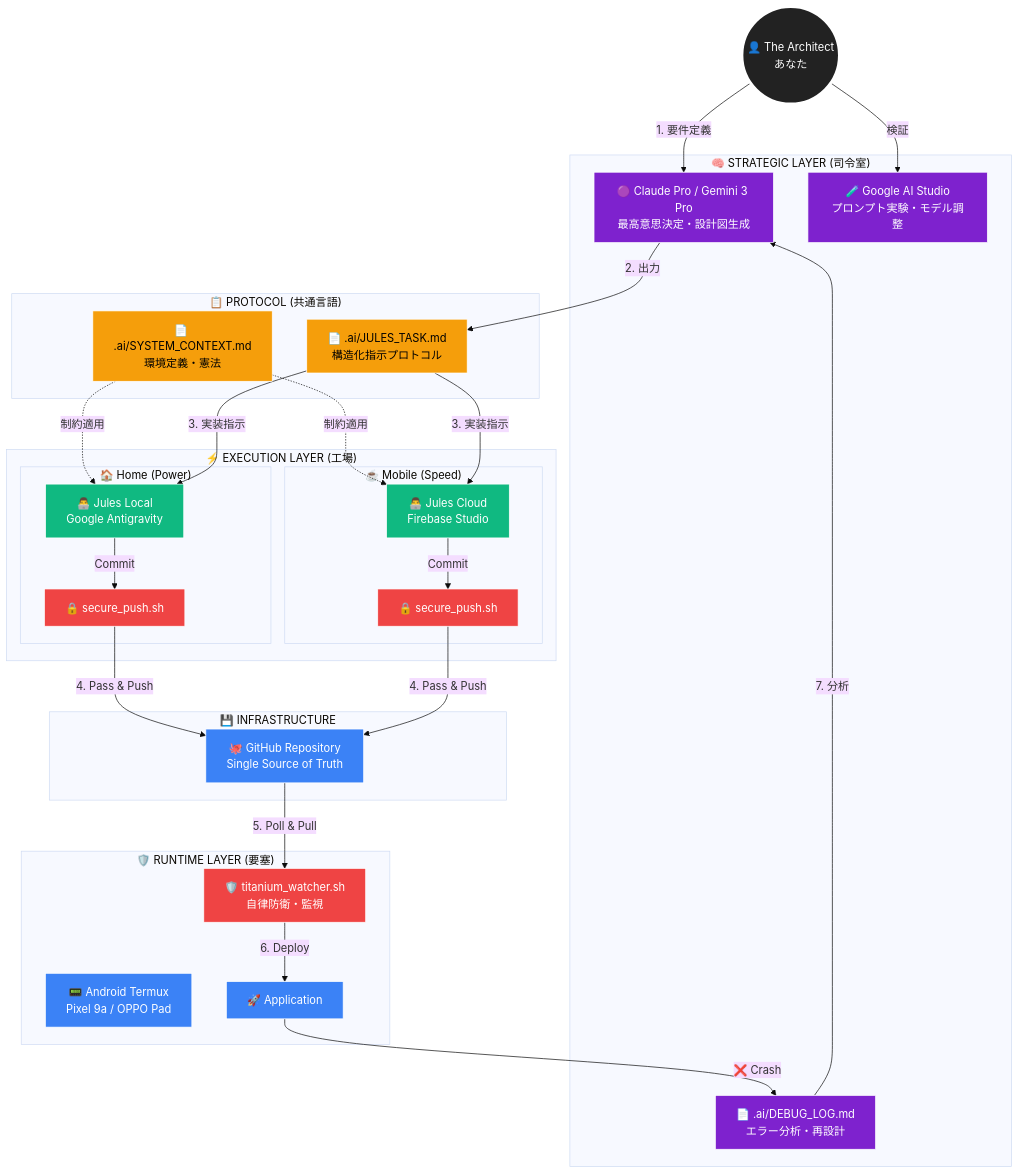
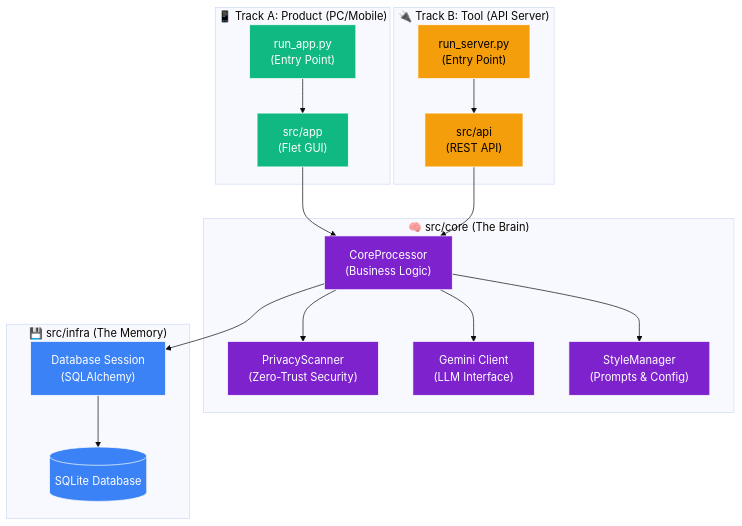
Before and after one commit to laihuip001/Flow: the diagram in ARCHITECTURE.md, drawn with Mermaid (base theme). The commit also changed other lines of this file and 42 other files, not shown here.

````diff
--- a/ARCHITECTURE.md
+++ b/ARCHITECTURE.md
@@ -9,92 +9,58 @@
 ```mermaid
 graph TD
     %% ==========================
-    %% 0. THE ARCHITECT
+    %% 1. THE BRAIN (Shared Core)
     %% ==========================
-    User((👤 The Architect<br>あなた))
-
-    %% ==========================
-    %% 1. STRATEGIC LAYER (脳)
-    %% ==========================
-    subgraph "🧠 STRATEGIC LAYER (司令室)"
-        Claude[🟣 Claude Pro / Gemini 3 Pro<br>最高意思決定・設計図生成]
-        AIStudio[🧪 Google AI Studio<br>プロンプト実験・モデル調整]
-        DebugLog[📄 .ai/DEBUG_LOG.md<br>エラー分析・再設計]
+    subgraph "🧠 src/core (The Brain)"
+        Processor["CoreProcessor<br>(Business Logic)"]
+        Privacy["PrivacyScanner<br>(Zero-Trust Security)"]
+        Gemini["Gemini Client<br>(LLM Interface)"]
+        Styles["StyleManager<br>(Prompts & Config)"]
     end
 
     %% ==========================
-    %% 2. PROTOCOL LAYER (プロトコル)
+    %% 2. THE MEMORY (Infrastructure)
     %% ==========================
-    subgraph "📋 PROTOCOL (共通言語)"
-        TaskFile[📄 .ai/JULES_TASK.md<br>構造化指示プロトコル]
-        Context[📄 .ai/SYSTEM_CONTEXT.md<br>環境定義・憲法]
+    subgraph "💾 src/infra (The Memory)"
+        DB[(SQLite Database)]
+        Session["Database Session<br>(SQLAlchemy)"]
     end
 
     %% ==========================
-    %% 3. EXECUTION LAYER (手)
+    %% 3. THE INTERFACES (Tracks)
     %% ==========================
-    subgraph "⚡ EXECUTION LAYER (工場)"
-        subgraph "🏠 Home (Power)"
-            Jules_AG[👨‍💻 Jules Local<br>Google Antigravity]
-            Scanner_AG[🔒 secure_push.sh]
-        end
-        subgraph "☕ Mobile (Speed)"
-            Jules_FS[👨‍💻 Jules Cloud<br>Firebase Studio]
-            Scanner_FS[🔒 secure_push.sh]
-        end
+    subgraph "📱 Track A: Product (PC/Mobile)"
+        AppMain["run_app.py<br>(Entry Point)"]
+        FletUI["src/app<br>(Flet GUI)"]
     end
 
-    %% ==========================
-    %% 4. INFRASTRUCTURE (保存)
-    %% ==========================
-    subgraph "💾 INFRASTRUCTURE"
-        GH[🐙 GitHub Repository<br>Single Source of Truth]
+    subgraph "🔌 Track B: Tool (API Server)"
+        ServerMain["run_server.py<br>(Entry Point)"]
+        FastAPI["src/api<br>(REST API)"]
     end
 
-    %% ==========================
-    %% 5. RUNTIME LAYER (現場)
-    %% ==========================
-    subgraph "🛡️ RUNTIME LAYER (要塞)"
-        Termux[📟 Android Termux<br>Pixel 9a / OPPO Pad]
-        Watcher[🛡️ titanium_watcher.sh<br>自律防衛・監視]
-        App[🚀 Application]
-    end
+    %% --- CONNECTIONS ---
+    AppMain --> FletUI
+    ServerMain --> FastAPI
 
-    %% --- FLOW: DOWNSTREAM (設計 -> 稼働) ---
-    User -- "1. 要件定義" --> Claude
-    User -- "検証" --> AIStudio
-    Claude -- "2. 出力" --> TaskFile
-    Context -. "制約適用" .-> Jules_AG
-    Context -. "制約適用" .-> Jules_FS
+    FletUI --> Processor
+    FastAPI --> Processor
+
+    Processor --> Privacy
+    Processor --> Gemini
+    Processor --> Styles
     
-    TaskFile -- "3. 実装指示" --> Jules_AG
-    TaskFile -- "3. 実装指示" --> Jules_FS
-    
-    Jules_AG -- "Commit" --> Scanner_AG
-    Jules_FS -- "Commit" --> Scanner_FS
-    
-    Scanner_AG -- "4. Pass & Push" --> GH
-    Scanner_FS -- "4. Pass & Push" --> GH
-    
-    GH -- "5. Poll & Pull" --> Watcher
-    Watcher -- "6. Deploy" --> App
+    Processor --> Session
+    Session --> DB
 
-    %% --- FLOW: UPSTREAM (エラー -> 改善) ---
-    App -- "❌ Crash" --> DebugLog
-    DebugLog -- "7. 分析" --> Claude
+    %% Styles
+    classDef core fill:#7e22ce,stroke:#fff,color:#fff;
+    classDef infra fill:#3b82f6,stroke:#fff,color:#fff;
+    classDef app fill:#10b981,stroke:#fff,color:#fff;
+    classDef api fill:#f59e0b,stroke:#fff,color:#000;
 
-    %% スタイル定義
-    classDef role fill:#222,stroke:#fff,stroke-width:4px,color:#fff;
-    classDef brain fill:#7e22ce,stroke:#fff,color:#fff;
-    classDef protocol fill:#f59e0b,stroke:#fff,color:#000;
-    classDef worker fill:#10b981,stroke:#fff,color:#fff;
-    classDef security fill:#ef4444,stroke:#fff,color:#fff;
-    classDef infra fill:#3b82f6,stroke:#fff,color:#fff;
-    
-    class User role;
-    class Claude,AIStudio,DebugLog brain;
-    class TaskFile,Context protocol;
-    class Jules_AG,Jules_FS worker;
-    class Scanner_AG,Scanner_FS,Watcher security;
-    class GH,Termux,App infra;
+    class Processor,Privacy,Gemini,Styles core;
+    class DB,Session infra;
+    class AppMain,FletUI app;
+    class ServerMain,FastAPI api;
 ```
````
